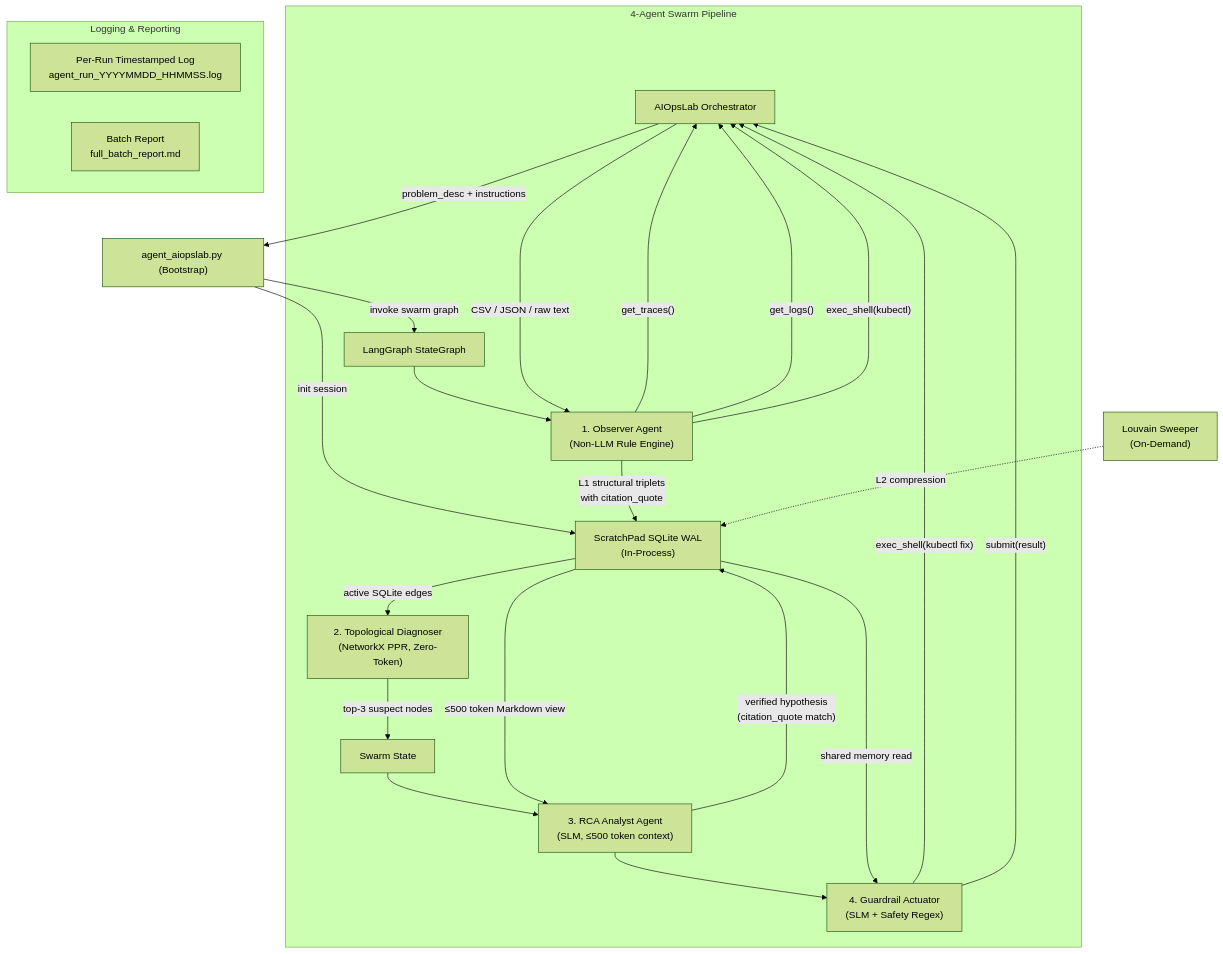
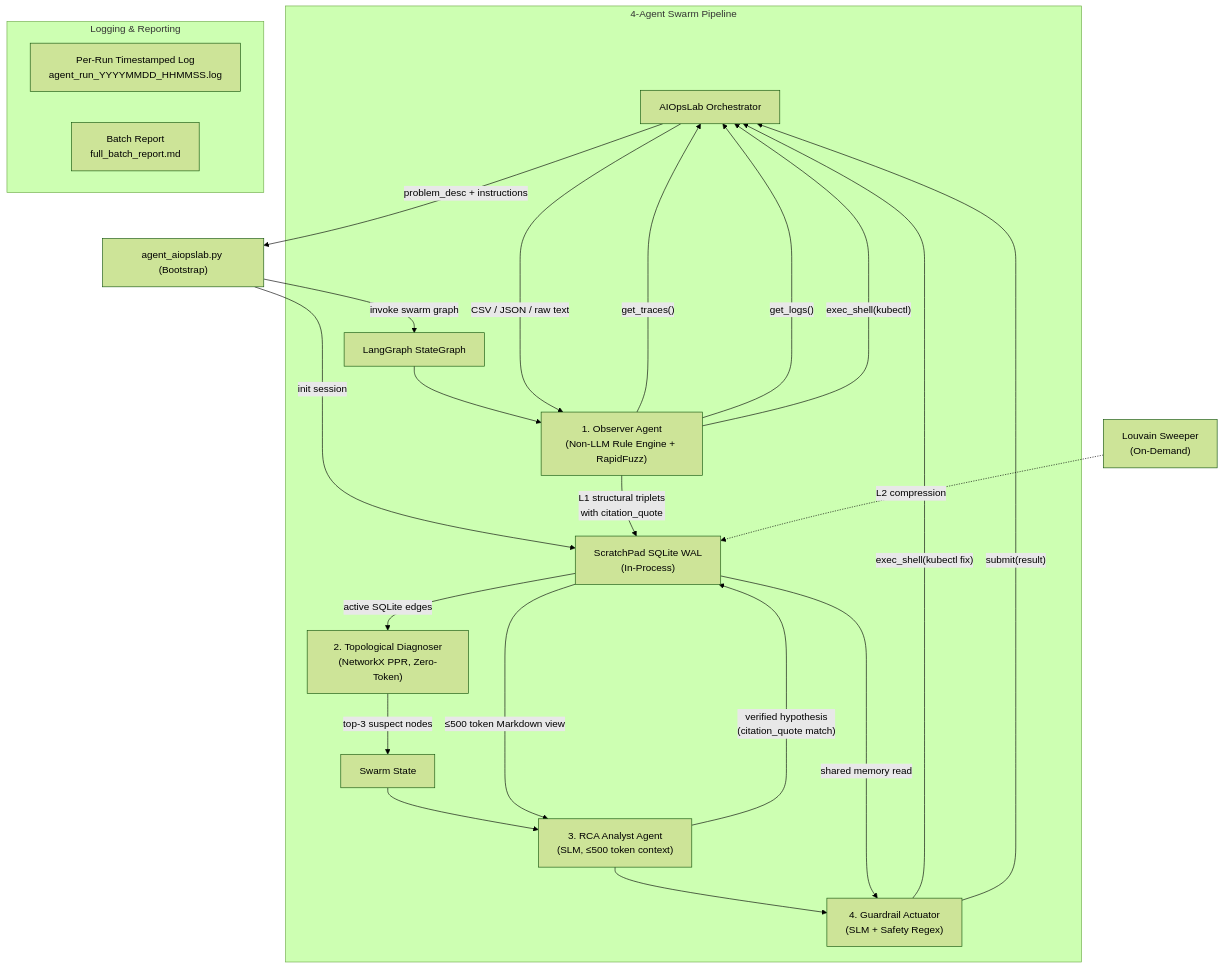
The diagram in README.md (Rahuldrabit/GraphRCA), drawn with Mermaid (forest theme) before and after one commit. The commit also changed other lines of this file and 5 other files, not shown here.

Commit message:
Achieve full architectural parity for GSO Swarm and update README

````diff
--- a/README.md
+++ b/README.md
@@ -41,37 +79,37 @@
 ```mermaid
 graph TD
     A["AIOpsLab Orchestrator"] -->|"problem_desc + instructions"| INIT["agent_aiopslab.py (Bootstrap)"]
     INIT -->|"init session"| SP["ScratchPad SQLite WAL<br/>(In-Process)"]
     INIT -->|"invoke swarm graph"| G["LangGraph StateGraph"]
     
     subgraph "4-Agent Swarm Pipeline"
-        G --> OBS["1. Observer Agent<br/>(Non-LLM Rule Engine)"]
+        G --> OBS["1. Observer Agent<br/>(Non-LLM Rule Engine + RapidFuzz)"]
         
         OBS -->|"get_traces()"| A
         OBS -->|"get_logs()"| A  
         OBS -->|"exec_shell(kubectl)"| A
         A -->|"CSV / JSON / raw text"| OBS
         
         OBS -->|"L1 structural triplets<br/>with citation_quote"| SP
         
         SP -->|"active SQLite edges"| TOPO["2. Topological Diagnoser<br/>(NetworkX PPR, Zero-Token)"]
         TOPO -->|"top-3 suspect nodes"| STATE["Swarm State"]
         
         STATE --> RCA["3. RCA Analyst Agent<br/>(SLM, ≤500 token context)"]
         SP -->|"≤500 token Markdown view"| RCA
         RCA -->|"verified hypothesis<br/>(citation_quote match)"| SP
         
         RCA --> ACT["4. Guardrail Actuator<br/>(SLM + Safety Regex)"]
         SP -->|"shared memory read"| ACT
         ACT -->|"exec_shell(kubectl fix)"| A
     end
     
     ACT -->|"submit(result)"| A
     
     SWEEP["Louvain Sweeper<br/>(On-Demand)"] -.->|"L2 compression"| SP
     
     subgraph "Logging & Reporting"
         LOG["Per-Run Timestamped Log<br/>agent_run_YYYYMMDD_HHMMSS.log"]
         RPT["Batch Report<br/>full_batch_report.md"]
     end
 ```
````
